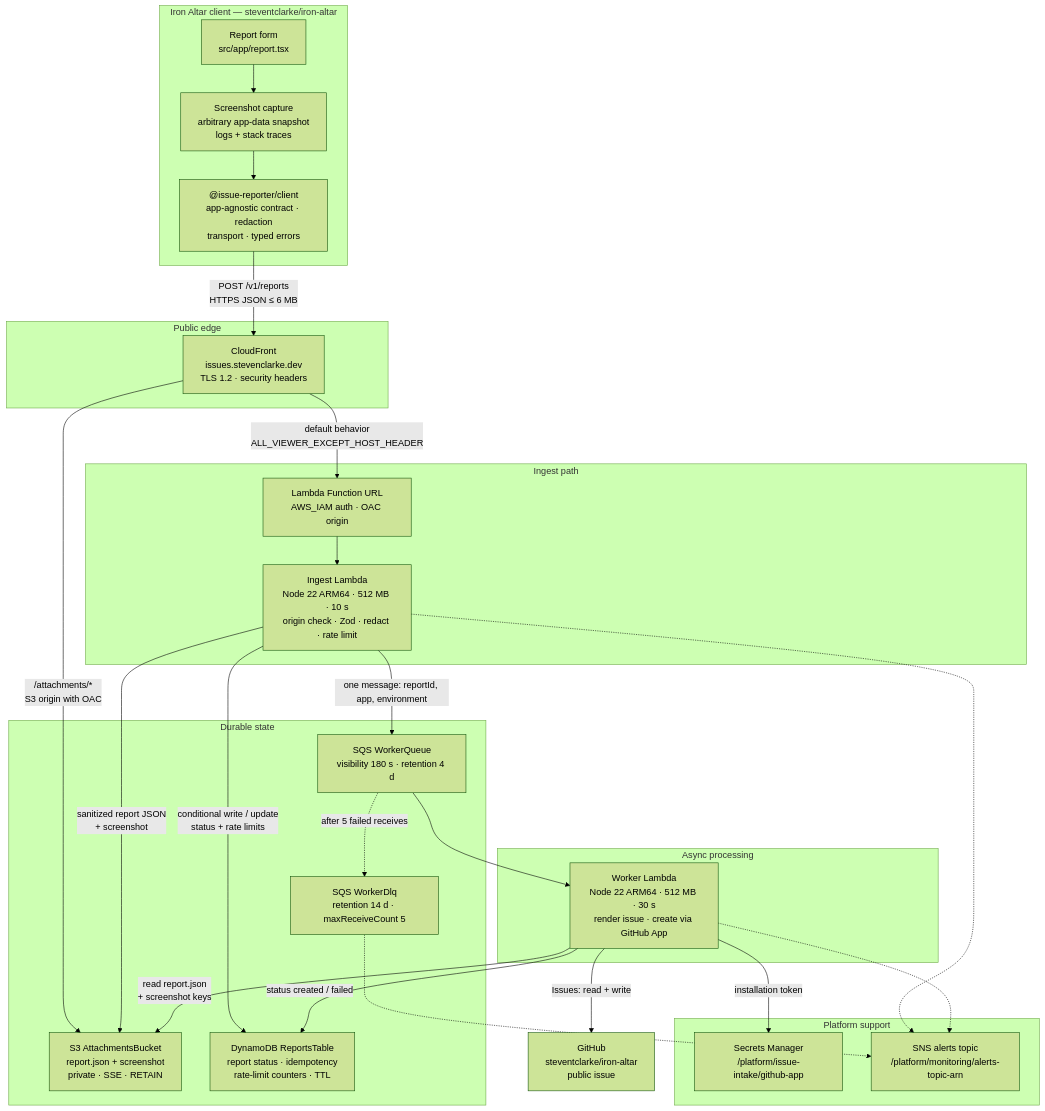
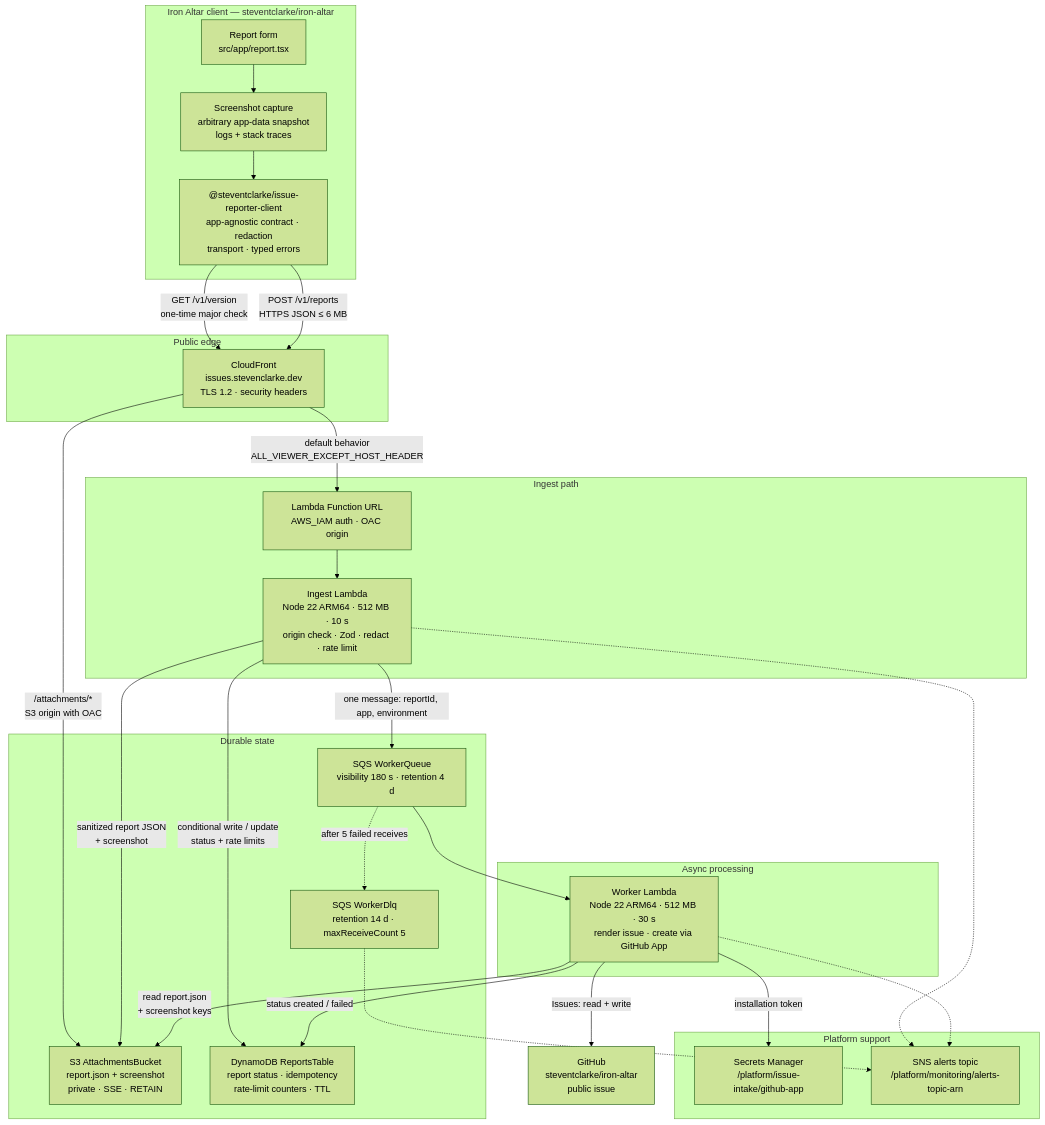
Before and after one commit to steventclarke/issue-reporter: the first of 4 diagrams in docs/issue-reporting-architecture.md, drawn with Mermaid (forest theme). The commit also changed other lines of this file and 31 other files, not shown here.

````diff
--- a/docs/issue-reporting-architecture.md
+++ b/docs/issue-reporting-architecture.md
@@ -16,56 +16,57 @@
 ```mermaid
 flowchart TB
   subgraph Client["Iron Altar client — steventclarke/iron-altar"]
     UI["Report form<br/>src/app/report.tsx"]
     SNAP["Screenshot capture<br/>arbitrary app-data snapshot<br/>logs + stack traces"]
-    LIB["@issue-reporter/client<br/>app-agnostic contract · redaction<br/>transport · typed errors"]
+    LIB["@steventclarke/issue-reporter-client<br/>app-agnostic contract · redaction<br/>transport · typed errors"]
     UI --> SNAP
     SNAP --> LIB
   end
 
   subgraph Edge["Public edge"]
     CF["CloudFront<br/>issues.stevenclarke.dev<br/>TLS 1.2 · security headers"]
   end
 
   subgraph Ingest["Ingest path"]
     FURL["Lambda Function URL<br/>AWS_IAM auth · OAC origin"]
     ING["Ingest Lambda<br/>Node 22 ARM64 · 512 MB · 10 s<br/>origin check · Zod · redact · rate limit"]
   end
 
   subgraph Durable["Durable state"]
     S3["S3 AttachmentsBucket<br/>report.json + screenshot<br/>private · SSE · RETAIN"]
     DDB["DynamoDB ReportsTable<br/>report status · idempotency<br/>rate-limit counters · TTL"]
     Q["SQS WorkerQueue<br/>visibility 180 s · retention 4 d"]
     DLQ["SQS WorkerDlq<br/>retention 14 d · maxReceiveCount 5"]
   end
 
   subgraph Async["Async processing"]
     W["Worker Lambda<br/>Node 22 ARM64 · 512 MB · 30 s<br/>render issue · create via GitHub App"]
   end
 
   subgraph Support["Platform support"]
     SM["Secrets Manager<br/>/platform/issue-intake/github-app"]
     SNS["SNS alerts topic<br/>/platform/monitoring/alerts-topic-arn"]
   end
 
   GH["GitHub<br/>steventclarke/iron-altar<br/>public issue"]
 
+  LIB -->|"GET /v1/version<br/>one-time major check"| CF
   LIB -->|"POST /v1/reports<br/>HTTPS JSON ≤ 6 MB"| CF
   CF -->|"default behavior<br/>ALL_VIEWER_EXCEPT_HOST_HEADER"| FURL
   CF -->|"/attachments/*<br/>S3 origin with OAC"| S3
   FURL --> ING
 
   ING -->|"sanitized report JSON<br/>+ screenshot"| S3
   ING -->|"conditional write / update<br/>status + rate limits"| DDB
   ING -->|"one message: reportId, app, environment"| Q
 
   Q --> W
   Q -.->|"after 5 failed receives"| DLQ
   W -->|"read report.json<br/>+ screenshot keys"| S3
   W -->|"status created / failed"| DDB
   W -->|"installation token"| SM
   W -->|"Issues: read + write"| GH
   DLQ -.-> SNS
   ING -.-> SNS
   W -.-> SNS
 ```
````
